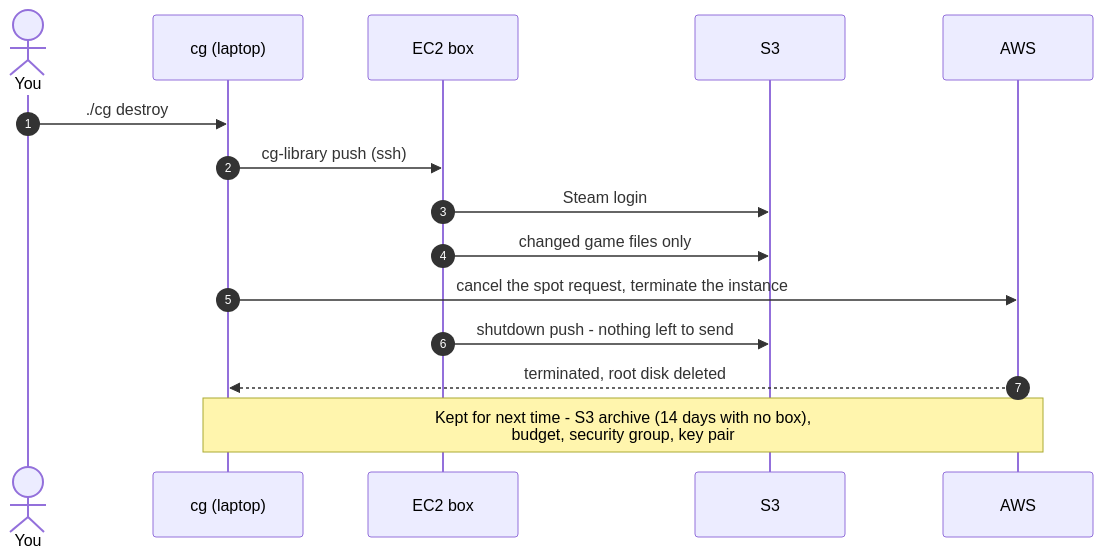
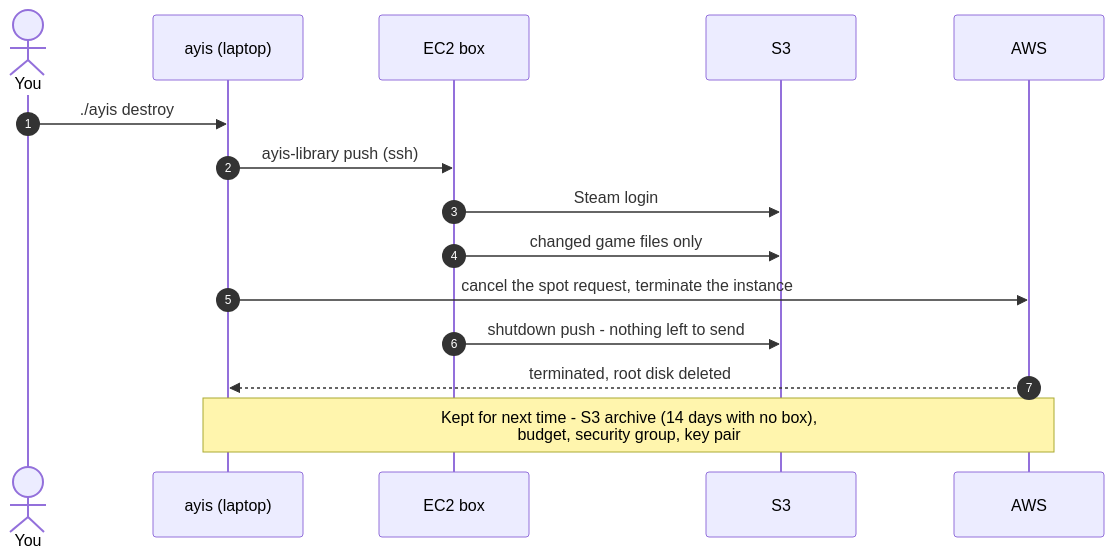
Before and after one commit to jebin2/aws_cloud_gaming: the sixth of 9 diagrams in docs/architecture.md, drawn with Mermaid. The commit also changed other lines of this file and 334 other files, not shown here.

````diff
--- a/docs/architecture.md
+++ b/docs/architecture.md
@@ -226,18 +226,18 @@
 ```mermaid
 sequenceDiagram
   autonumber
   actor You
-  participant cg as cg (laptop)
+  participant ayis as ayis (laptop)
   participant EC2 as EC2 box
   participant S3
   participant AWS
 
-  You->>cg: ./cg destroy
-  cg->>EC2: cg-library push (ssh)
+  You->>ayis: ./ayis destroy
+  ayis->>EC2: ayis-library push (ssh)
   EC2->>S3: Steam login
   EC2->>S3: changed game files only
-  cg->>AWS: cancel the spot request, terminate the instance
+  ayis->>AWS: cancel the spot request, terminate the instance
   EC2->>S3: shutdown push - nothing left to send
-  AWS-->>cg: terminated, root disk deleted
-  Note over cg,AWS: Kept for next time - S3 archive (14 days with no box),<br/>budget, security group, key pair
+  AWS-->>ayis: terminated, root disk deleted
+  Note over ayis,AWS: Kept for next time - S3 archive (14 days with no box),<br/>budget, security group, key pair
 ```
````
